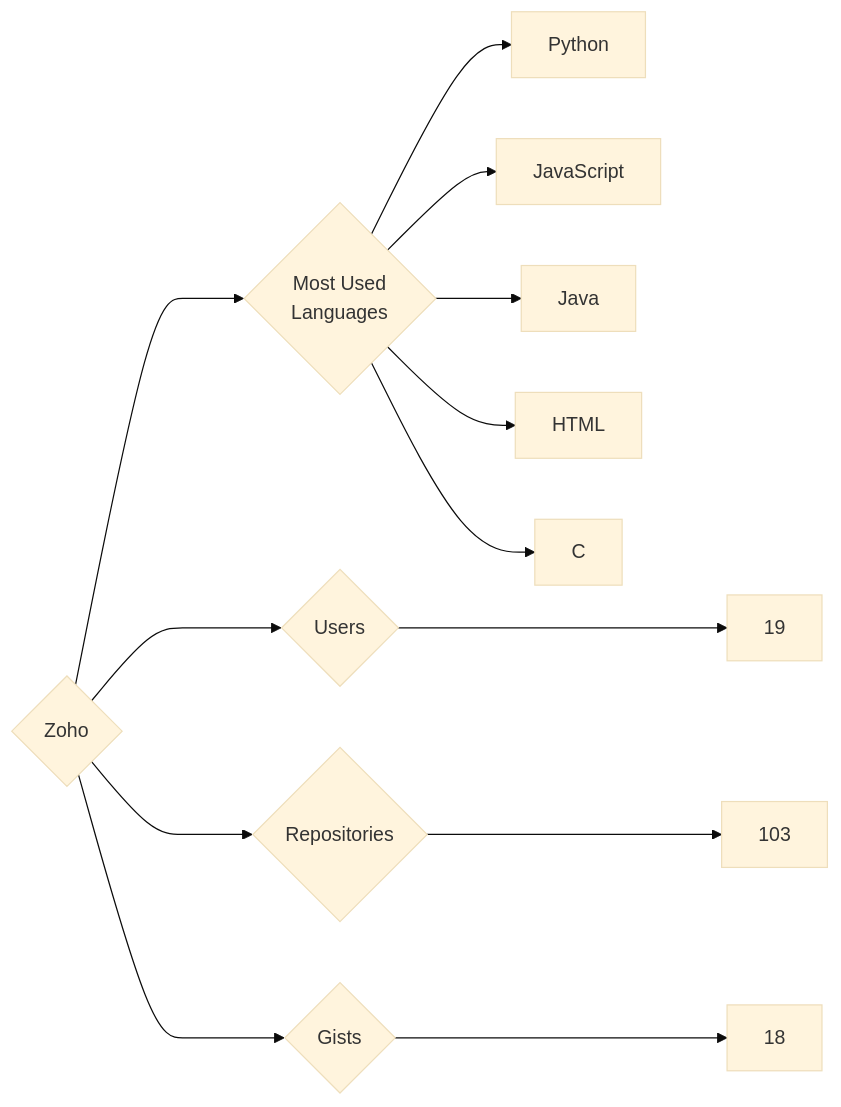
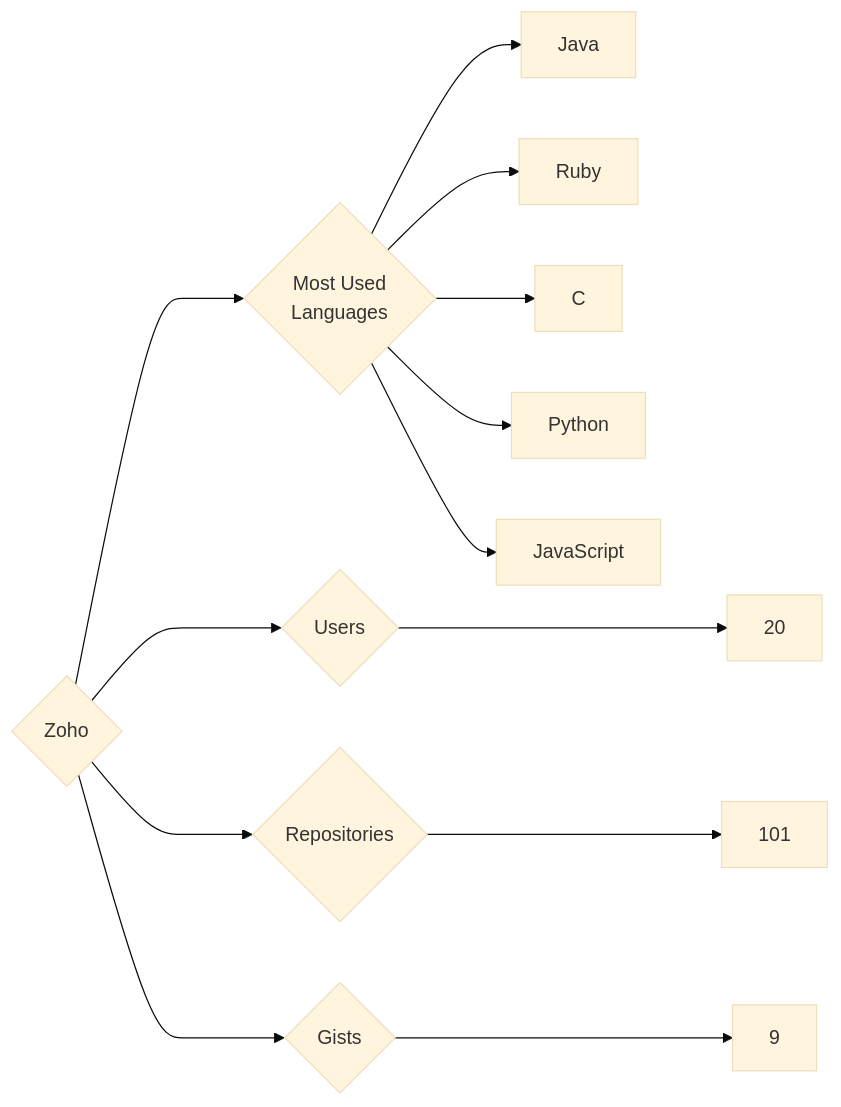
The diagram in targets/Zoho/README.md (trickest/insiders), drawn with Mermaid (base theme) before and after one commit. The commit also changed 895 other files, not shown here.

````diff
--- a/targets/Zoho/README.md
+++ b/targets/Zoho/README.md
@@ -3,13 +3,13 @@
 ```mermaid
 graph LR
 COMPANY_NAME{Zoho}
-COMPANY_NAME ---> U{Users} ---> UN[19]
-COMPANY_NAME ---> R{Repositories} ---> RN[103]
-COMPANY_NAME ---> G{Gists} ---> GN[18]
+COMPANY_NAME ---> U{Users} ---> UN[20]
+COMPANY_NAME ---> R{Repositories} ---> RN[101]
+COMPANY_NAME ---> G{Gists} ---> GN[9]
 COMPANY_NAME ---> ML{Most Used<br>Languages}
+ML --> Java[Java]
+ML --> Ruby[Ruby]
+ML --> C[C]
 ML --> Python[Python]
 ML --> JavaScript[JavaScript]
-ML --> Java[Java]
-ML --> HTML[HTML]
-ML --> C[C]
 ```
````
